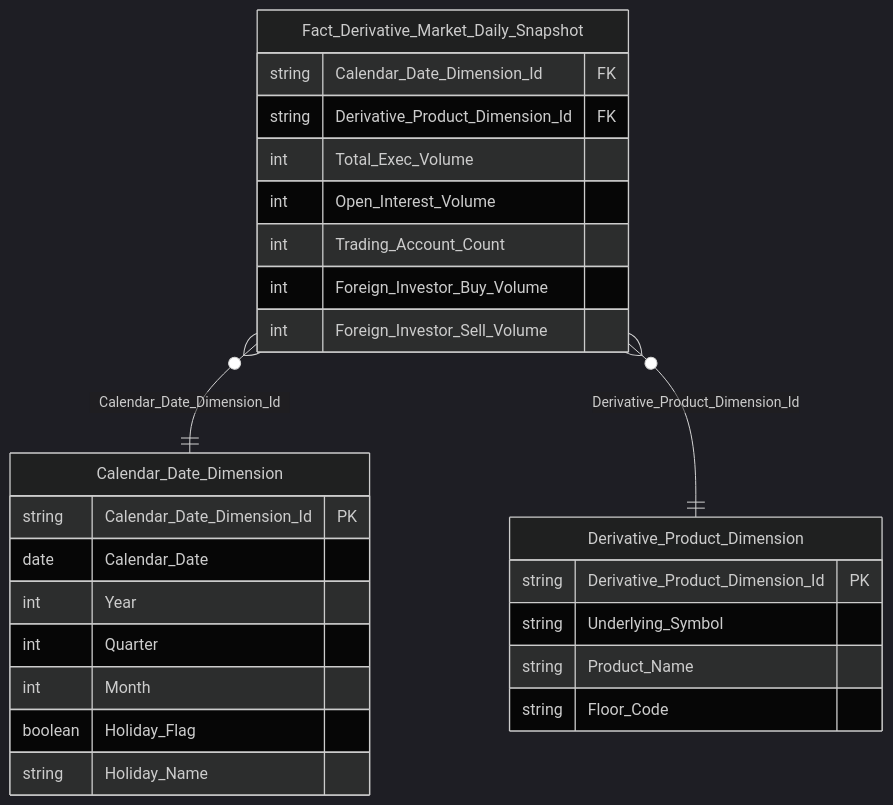
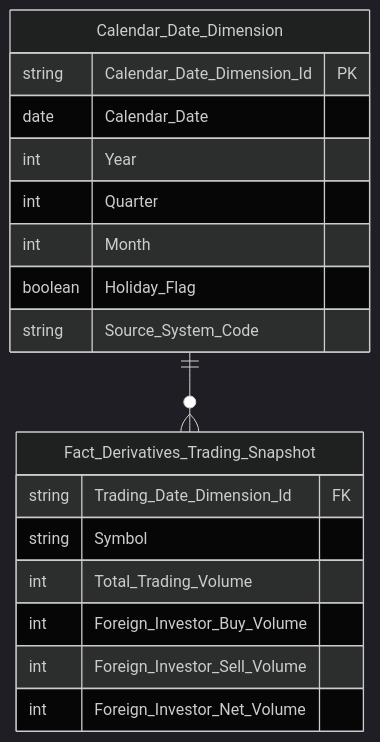
One commit to linhlvit/ubck_atomic_design changed the tenth of 22 diagrams in Datamart/hld/DTM_VP_HLD.md. Above: the diagram before and after it, drawn with Mermaid (dark theme). The commit also changed other lines of this file and 14 other files, not shown here.

````diff
--- a/Datamart/hld/DTM_VP_HLD.md
+++ b/Datamart/hld/DTM_VP_HLD.md
@@ -559,29 +358,21 @@
 ```mermaid
 erDiagram
-    Fact_Derivative_Market_Daily_Snapshot {
-        string Calendar_Date_Dimension_Id FK
-        string Derivative_Product_Dimension_Id FK
-        int Total_Exec_Volume
-        int Open_Interest_Volume
-        int Trading_Account_Count
-        int Foreign_Investor_Buy_Volume
-        int Foreign_Investor_Sell_Volume
-    }
     Calendar_Date_Dimension {
         string Calendar_Date_Dimension_Id PK
         date Calendar_Date
         int Year
         int Quarter
         int Month
         boolean Holiday_Flag
-        string Holiday_Name
+        string Source_System_Code
     }
-    Derivative_Product_Dimension {
-        string Derivative_Product_Dimension_Id PK
-        string Underlying_Symbol
-        string Product_Name
-        string Floor_Code
+    Fact_Derivatives_Trading_Snapshot {
+        string Trading_Date_Dimension_Id FK
+        string Symbol
+        int Total_Trading_Volume
+        int Foreign_Investor_Buy_Volume
+        int Foreign_Investor_Sell_Volume
+        int Foreign_Investor_Net_Volume
     }
-    Fact_Derivative_Market_Daily_Snapshot }o--|| Calendar_Date_Dimension : "Calendar_Date_Dimension_Id"
-    Fact_Derivative_Market_Daily_Snapshot }o--|| Derivative_Product_Dimension : "Derivative_Product_Dimension_Id"
+    Calendar_Date_Dimension ||--o{ Fact_Derivatives_Trading_Snapshot : " "
 ```
````
